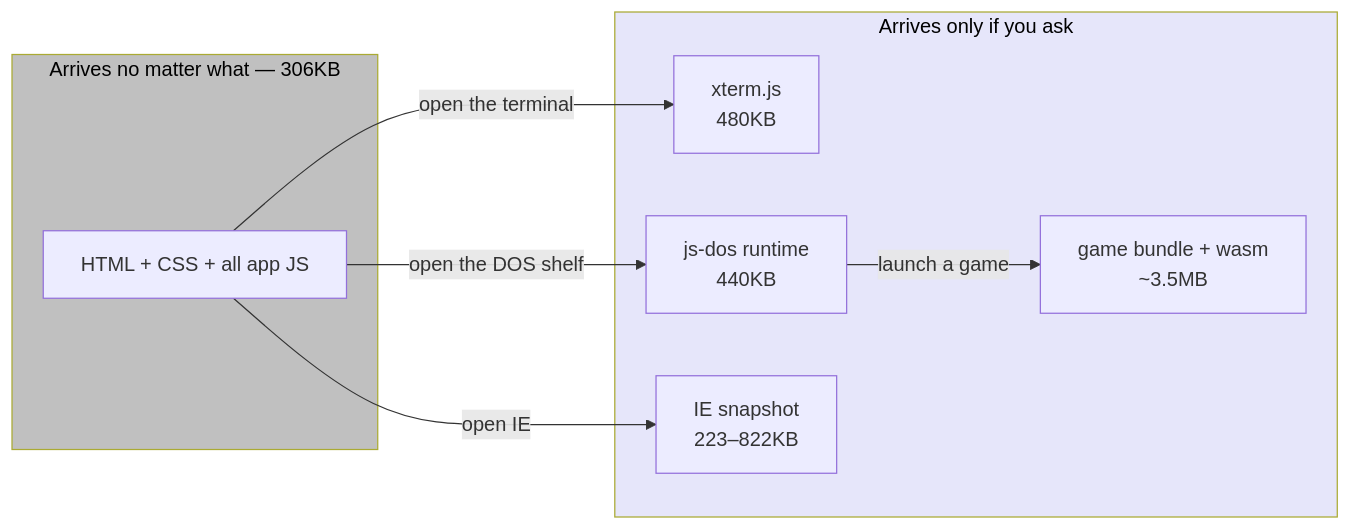
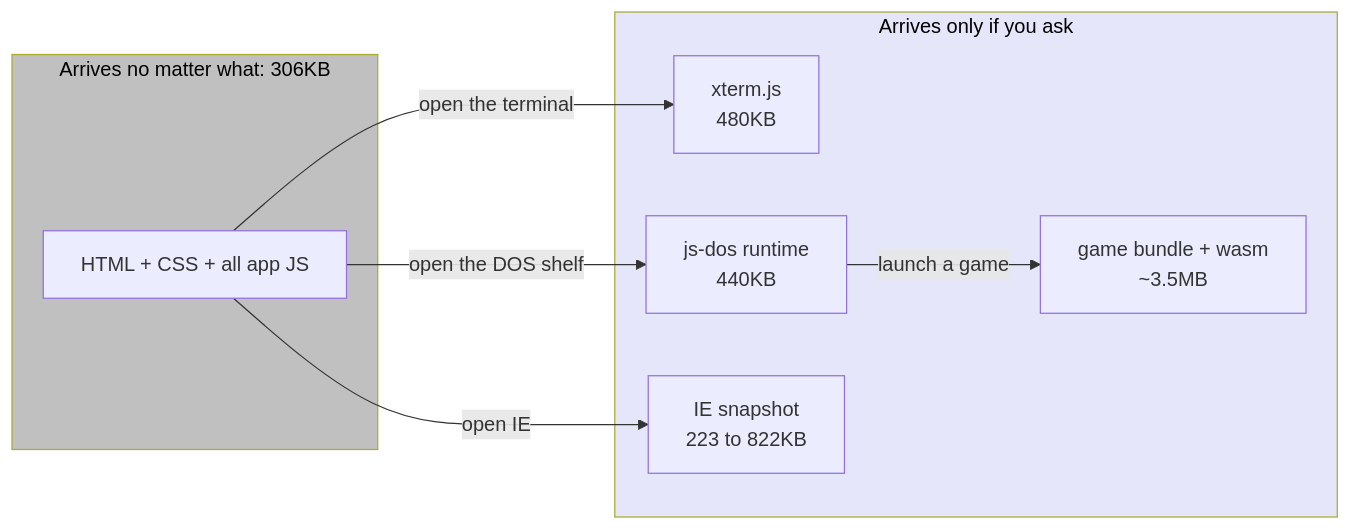
The second of 6 diagrams in README.md (d4551/innovation-oxford), drawn with Mermaid before and after one commit. The commit also changed other lines of this file, not shown here.

````diff
--- a/README.md
+++ b/README.md
@@ -151,19 +149,19 @@
 ```mermaid
 flowchart LR
-    subgraph EAGER["Arrives no matter what — 306KB"]
+    subgraph EAGER["Arrives no matter what: 306KB"]
         A["HTML + CSS + all app JS"]
     end
     subgraph LAZY["Arrives only if you ask"]
         B["xterm.js<br/>480KB"]
         C["js-dos runtime<br/>440KB"]
         D["game bundle + wasm<br/>~3.5MB"]
-        E["IE snapshot<br/>223–822KB"]
+        E["IE snapshot<br/>223 to 822KB"]
     end
     A -->|"open the terminal"| B
     A -->|"open the DOS shelf"| C
     C -->|"launch a game"| D
     A -->|"open IE"| E
 
     style EAGER fill:#c0c0c0,color:#000
     style LAZY fill:#e6e6fa,color:#000
 ```
````
